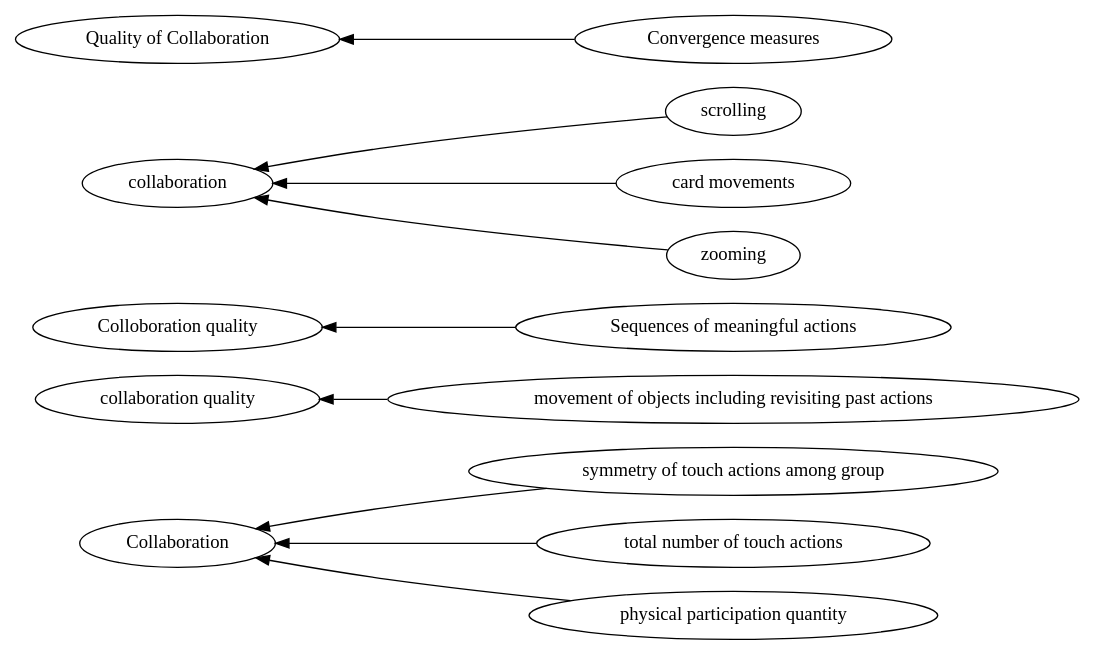
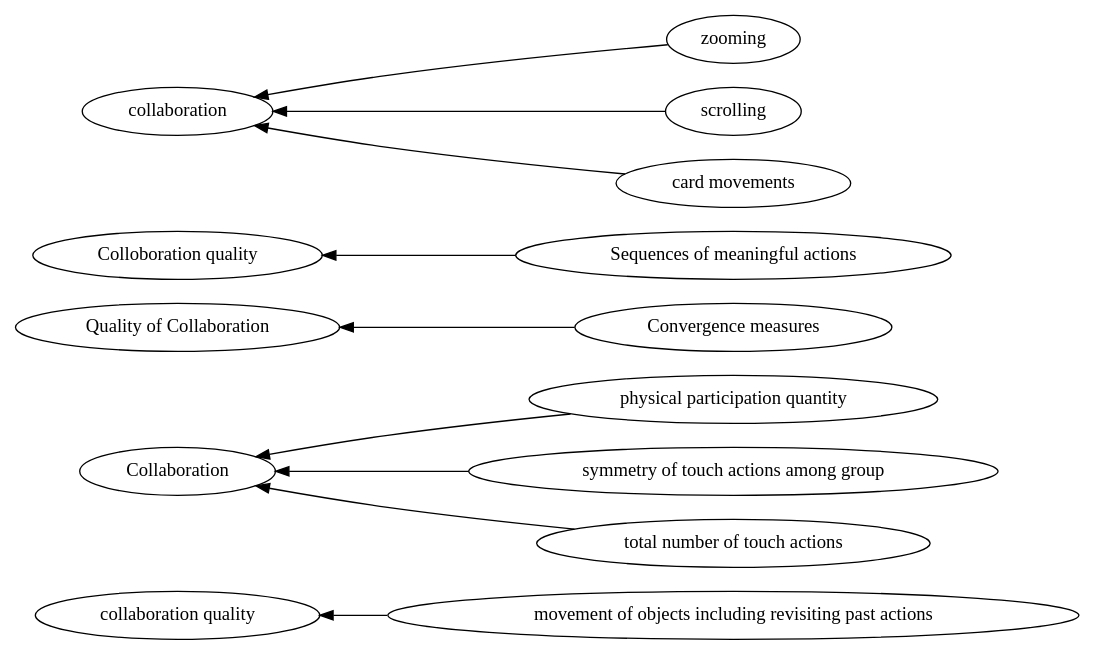
One commit to hgse-schneider/mmca changed the diagram in graphviz/Log Data -> communication.gv. Above: the diagram before and after it, drawn with Graphviz. The commit also changed 154 other files, not shown here.

```diff
--- a/graphviz/Log Data -> communication.gv
+++ b/graphviz/Log Data -> communication.gv
@@ -1,26 +1,26 @@
 digraph Test {
 	rankdir=RL
 	size="15,15"
 	overlap=false
 	splines=true
-	{rank=same; "symmetry of touch actions among group" "movement of objects including revisiting past actions" "Sequences of meaningful actions" "scrolling" "total number of touch actions" "card movements" "physical participation quantity" "zooming" "Convergence measures";}
-	{rank=same; "Collaboration" "Colloboration quality" "collaboration" "collaboration quality" "Quality of Collaboration";}
+	{rank=same; "movement of objects including revisiting past actions" "physical participation quantity" "Convergence measures" "Sequences of meaningful actions" "zooming" "scrolling" "symmetry of touch actions among group" "card movements" "total number of touch actions";}
+	{rank=same; "Colloboration quality" "collaboration" "Collaboration" "collaboration quality" "Quality of Collaboration";}
 	"physical participation quantity" [href="https://scholar.google.com/scholar?hl=en&q=Modelling%20and%20Identifying%20Collaborative%20Situations%20in%20a%20Collocated%20Multi-display%20Groupware%20Setting"]
 	"physical participation quantity" -> Collaboration
 	"Convergence measures" [href="https://scholar.google.com/scholar?hl=en&q=The%20Effect%20of%20Mutual%20Gaze%20Perception%20on%20Students’%20Verbal%20Coordination"]
 	"Convergence measures" -> "Quality of Collaboration"
 	"Sequences of meaningful actions" [href="https://scholar.google.com/scholar?hl=en&q=Capturing%20and%20analyzing%20verbal%20and%20physical%20collaborative%20learning%20interactions%20at%20an%20enriched%20interactive%20tabletop"]
 	"Sequences of meaningful actions" -> "Colloboration quality"
 	"card movements" [href="https://scholar.google.com/scholar?hl=en&q=High%20Accuracy%20Detection%20of%20Collaboration%20From%20Log%20Data%20and%20Superficial%20Speech%20Features"]
 	"card movements" -> collaboration
 	scrolling [href="https://scholar.google.com/scholar?hl=en&q=High%20Accuracy%20Detection%20of%20Collaboration%20From%20Log%20Data%20and%20Superficial%20Speech%20Features"]
 	scrolling -> collaboration
 	zooming [href="https://scholar.google.com/scholar?hl=en&q=High%20Accuracy%20Detection%20of%20Collaboration%20From%20Log%20Data%20and%20Superficial%20Speech%20Features"]
 	zooming -> collaboration
 	"total number of touch actions" [href="https://scholar.google.com/scholar?hl=en&q=An%20Automatic%20Approach%20for%20Mining%20Patterns%20of%20Collaboration%20around%20an%20Interactive%20Tabletop"]
 	"total number of touch actions" -> Collaboration
 	"symmetry of touch actions among group" [href="https://scholar.google.com/scholar?hl=en&q=An%20Automatic%20Approach%20for%20Mining%20Patterns%20of%20Collaboration%20around%20an%20Interactive%20Tabletop"]
 	"symmetry of touch actions among group" -> Collaboration
 	"movement of objects including revisiting past actions" [href="https://scholar.google.com/scholar?hl=en&q=Using%20the%20Tablet%20Gestures%20and%20Speech%20of%20Pairs%20of%20Students%20to%20Classify%20Their%20Collaboration"]
 	"movement of objects including revisiting past actions" -> "collaboration quality"
 }
```
